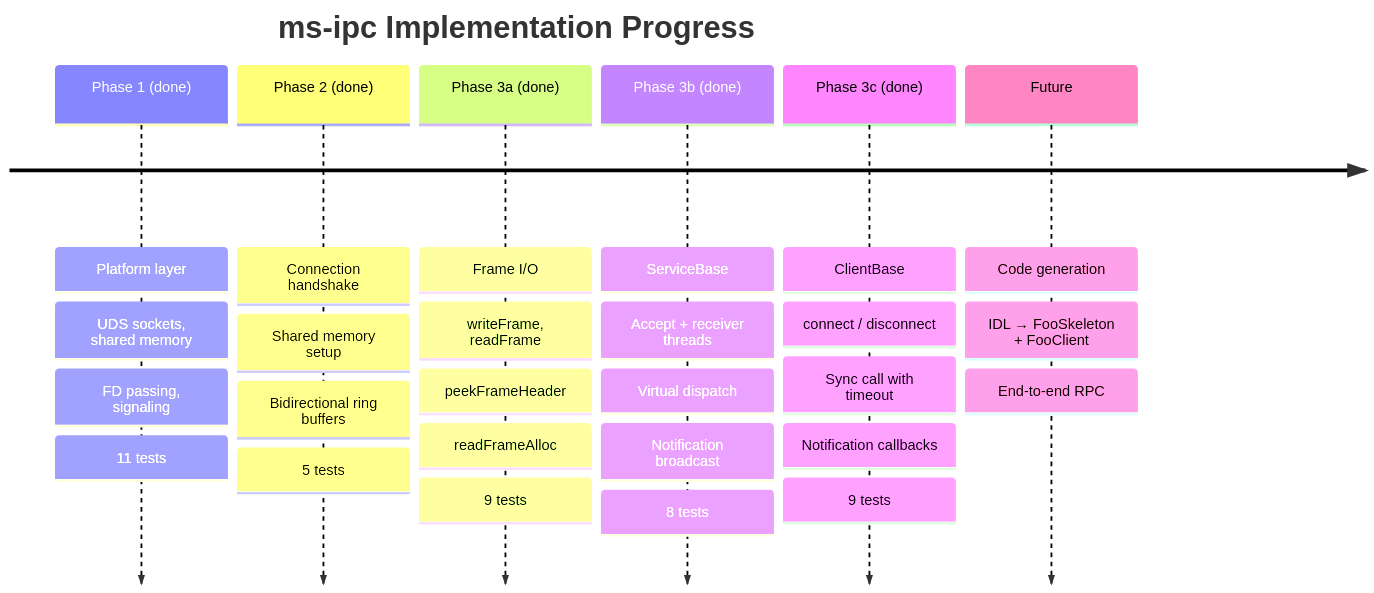
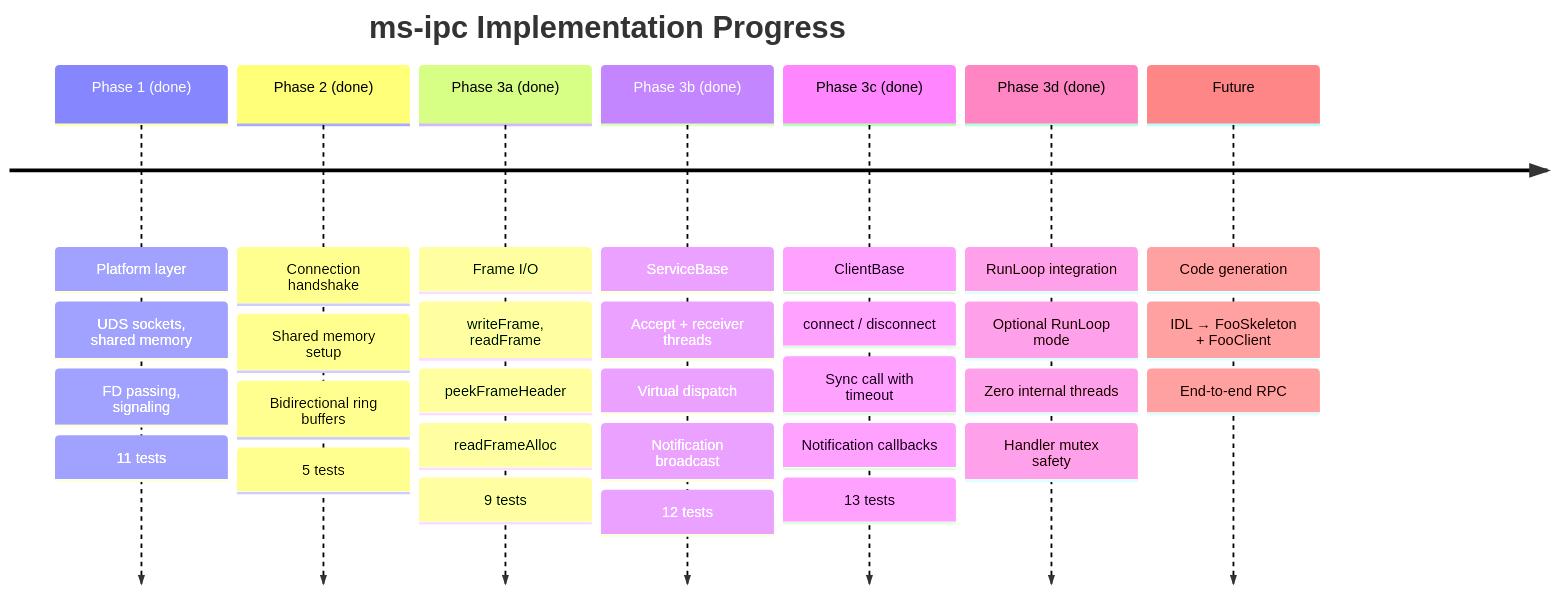
One commit to Mrunmoy/aether changed diagram 17 of 17 in doc/architecture.md. Above: the diagram before and after it, drawn with Mermaid. The commit also changed other lines of this file and 12 other files, not shown here.

````diff
--- a/doc/architecture.md
+++ b/doc/architecture.md
@@ -395,30 +443,34 @@
 ```mermaid
 timeline
     title ms-ipc Implementation Progress
     Phase 1 (done) : Platform layer
                    : UDS sockets, shared memory
                    : FD passing, signaling
                    : 11 tests
     Phase 2 (done) : Connection handshake
                    : Shared memory setup
                    : Bidirectional ring buffers
                    : 5 tests
     Phase 3a (done) : Frame I/O
                     : writeFrame, readFrame
                     : peekFrameHeader
                     : readFrameAlloc
                     : 9 tests
     Phase 3b (done) : ServiceBase
                     : Accept + receiver threads
                     : Virtual dispatch
                     : Notification broadcast
-                    : 8 tests
+                    : 12 tests
     Phase 3c (done) : ClientBase
                     : connect / disconnect
                     : Sync call with timeout
                     : Notification callbacks
-                    : 9 tests
+                    : 13 tests
+    Phase 3d (done) : RunLoop integration
+                    : Optional RunLoop mode
+                    : Zero internal threads
+                    : Handler mutex safety
     Future : Code generation
            : IDL → FooSkeleton + FooClient
            : End-to-end RPC
 ```
````
